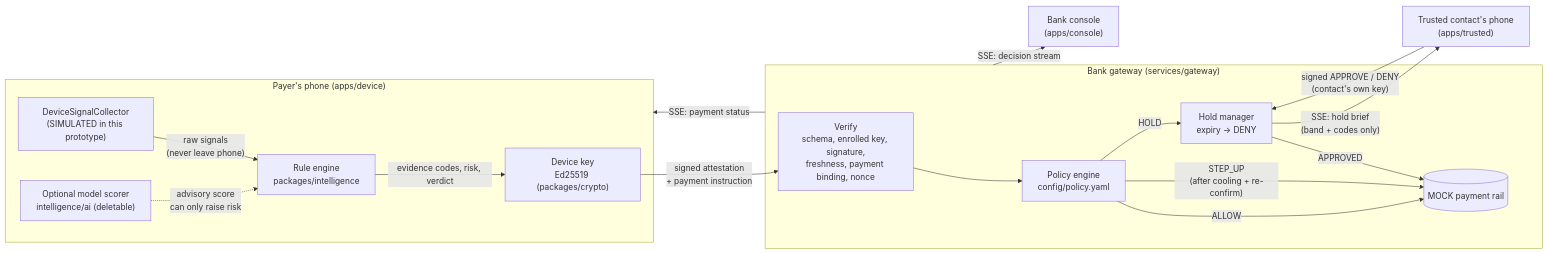
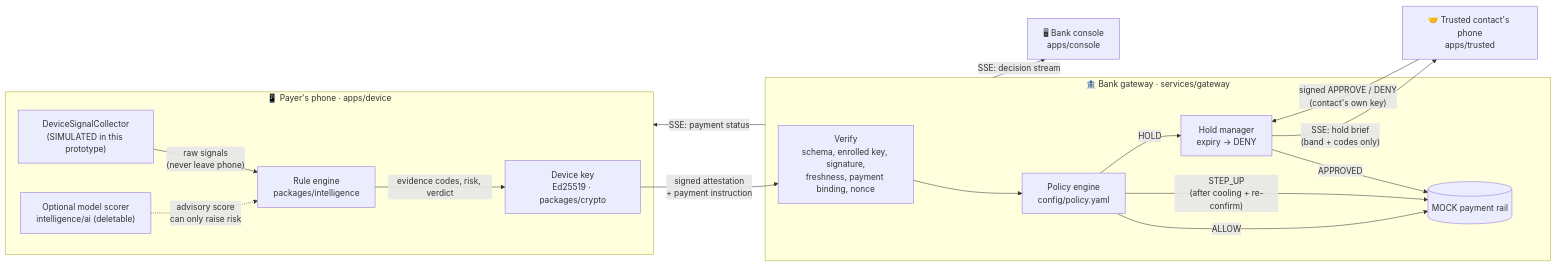
Before and after one commit to yaswanthme007/viraam: the second of 2 diagrams in README.md, drawn with Mermaid. The commit also changed other lines of this file, not shown here.

````diff
--- a/README.md
+++ b/README.md
@@ -58,30 +179,30 @@
 ```mermaid
 flowchart LR
-  subgraph PHONE["Payer's phone (apps/device)"]
+  subgraph PHONE["📱 Payer's phone · apps/device"]
     C["DeviceSignalCollector<br/>(SIMULATED in this prototype)"]
     R["Rule engine<br/>packages/intelligence"]
     AI["Optional model scorer<br/>intelligence/ai (deletable)"]
-    K["Device key<br/>Ed25519 (packages/crypto)"]
+    K["Device key<br/>Ed25519 · packages/crypto"]
     C -- "raw signals<br/>(never leave phone)" --> R
     AI -. "advisory score<br/>can only raise risk" .-> R
     R -- "evidence codes, risk, verdict" --> K
   end
 
-  subgraph GW["Bank gateway (services/gateway)"]
+  subgraph GW["🏦 Bank gateway · services/gateway"]
     V["Verify<br/>schema, enrolled key, signature,<br/>freshness, payment binding, nonce"]
     P["Policy engine<br/>config/policy.yaml"]
     H["Hold manager<br/>expiry → DENY"]
     RAIL[("MOCK payment rail")]
     V --> P
     P -- ALLOW --> RAIL
     P -- "STEP_UP<br/>(after cooling + re-confirm)" --> RAIL
     P -- HOLD --> H
     H -- APPROVED --> RAIL
   end
 
   K -- "signed attestation<br/>+ payment instruction" --> V
-  H -- "SSE: hold brief<br/>(band + codes only)" --> T["Trusted contact's phone<br/>(apps/trusted)"]
+  H -- "SSE: hold brief<br/>(band + codes only)" --> T["🤝 Trusted contact's phone<br/>apps/trusted"]
   T -- "signed APPROVE / DENY<br/>(contact's own key)" --> H
-  GW -- "SSE: decision stream" --> CON["Bank console<br/>(apps/console)"]
+  GW -- "SSE: decision stream" --> CON["🖥 Bank console<br/>apps/console"]
   GW -- "SSE: payment status" --> PHONE
 ```
````
